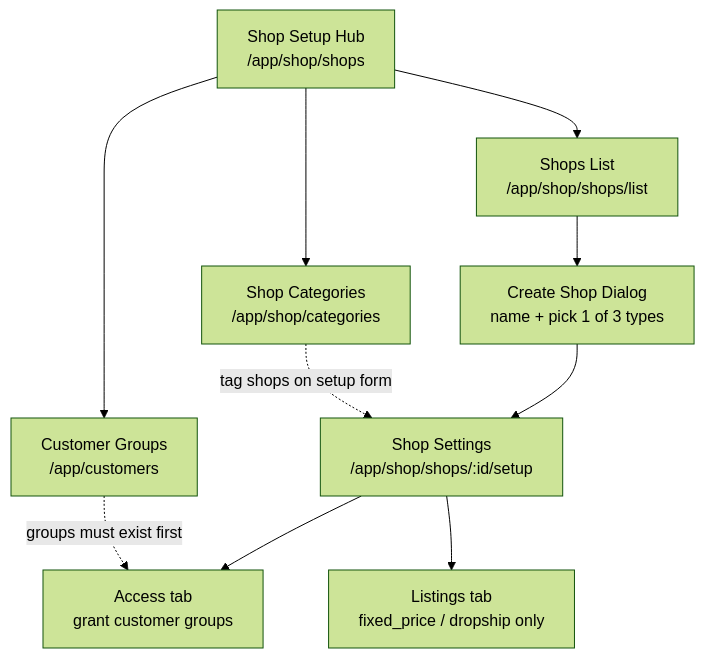
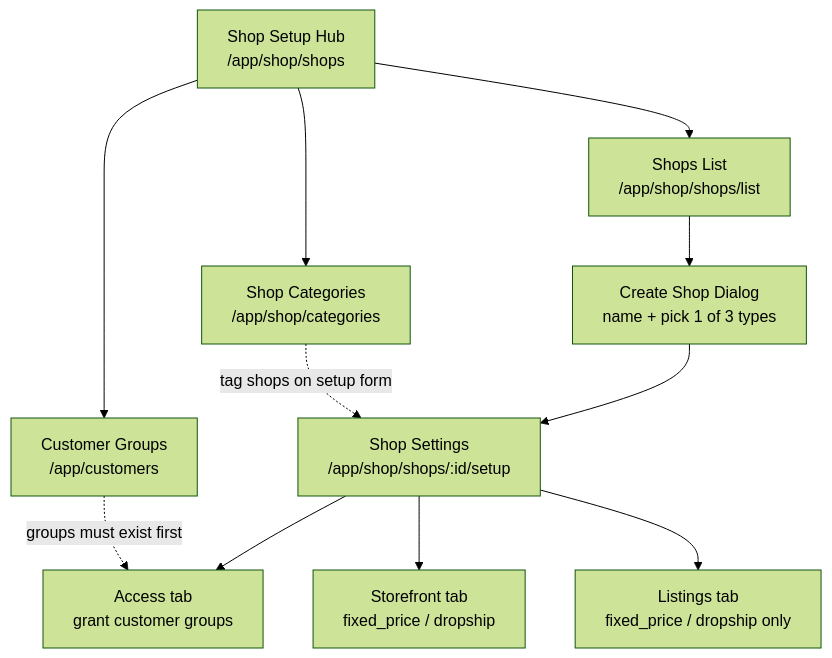
Before and after one commit to david-git-2/brandwala-wholesale-quasar-v2: the first of 4 diagrams in doc/shop_order/UI_FLOW.md, drawn with Mermaid (forest theme). The commit also changed other lines of this file and 14 other files, not shown here.

````diff
--- a/doc/shop_order/UI_FLOW.md
+++ b/doc/shop_order/UI_FLOW.md
@@ -15,12 +15,13 @@
 ```mermaid
 flowchart TD
     H["Shop Setup Hub<br/>/app/shop/shops"] --> G["Customer Groups<br/>/app/customers"]
     H --> C["Shop Categories<br/>/app/shop/categories"]
     H --> L["Shops List<br/>/app/shop/shops/list"]
     L --> D["Create Shop Dialog<br/>name + pick 1 of 3 types"]
     D --> S["Shop Settings<br/>/app/shop/shops/:id/setup"]
     S --> A["Access tab<br/>grant customer groups"]
+    S --> F["Storefront tab<br/>fixed_price / dropship"]
     S --> P["Listings tab<br/>fixed_price / dropship only"]
     G -.->|"groups must exist first"| A
     C -.->|"tag shops on setup form"| S
 ```
````
